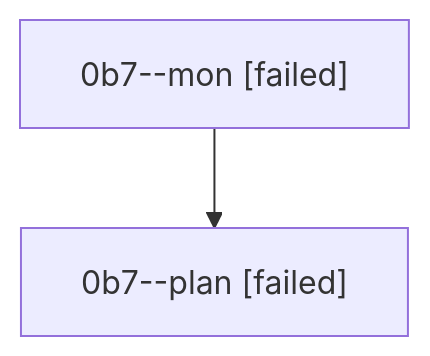
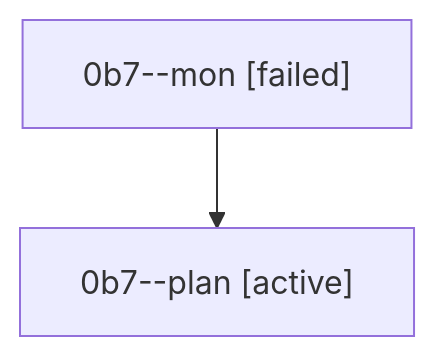
One commit to sase-org/sase--agents changed the diagram in families/bbugyi200.athena.0b7.md. Above: the diagram before and after it, drawn with Mermaid. The commit also changed other lines of this file and 35830 other files, not shown here.

````diff
--- a/families/bbugyi200.athena.0b7.md
+++ b/families/bbugyi200.athena.0b7.md
@@ -9,6 +9,6 @@
 ```mermaid
 flowchart TD
   n0["0b7--mon [failed]"]
-  n1["0b7--plan [failed]"]
+  n1["0b7--plan [active]"]
   n0 --> n1
 ```
````
